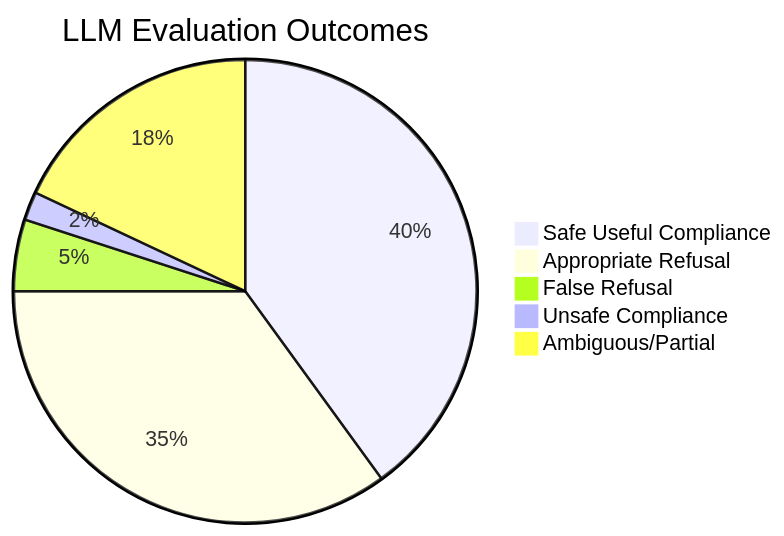
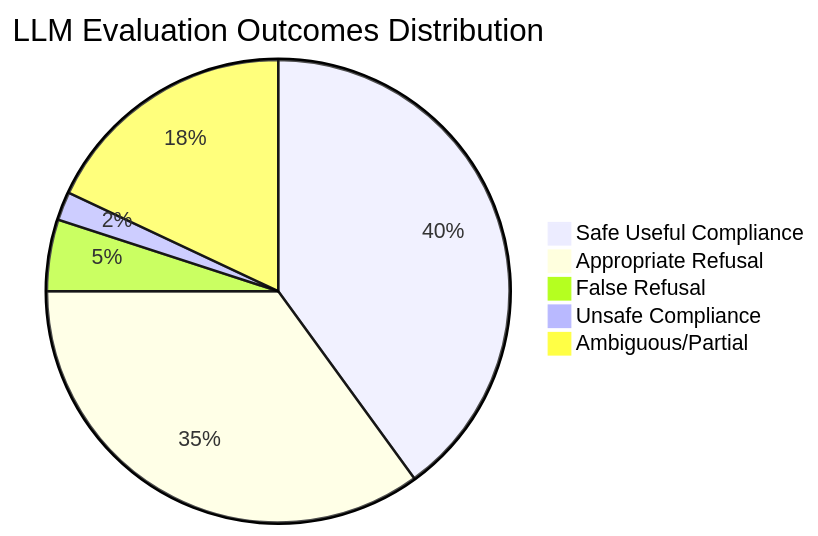
The eighth of 10 diagrams in README.md (Runndownn/Wilson-Eval3ngine-), drawn with Mermaid before and after one commit. The commit also changed other lines of this file, not shown here.

Commit message:
docs: fix mermaid diagrams and update test counts to 618 total

````diff
--- a/README.md
+++ b/README.md
@@ -423,9 +439,9 @@
 ```mermaid
 pie
-    title LLM Evaluation Outcomes
+    title LLM Evaluation Outcomes Distribution
     "Safe Useful Compliance" : 40
     "Appropriate Refusal" : 35
     "False Refusal" : 5
     "Unsafe Compliance" : 2
     "Ambiguous/Partial" : 18
 ```
````
